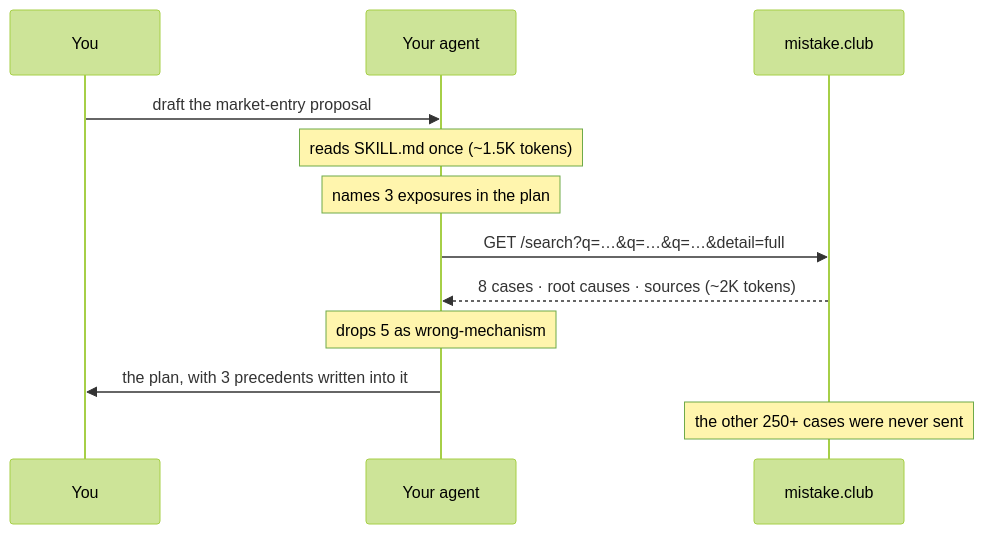
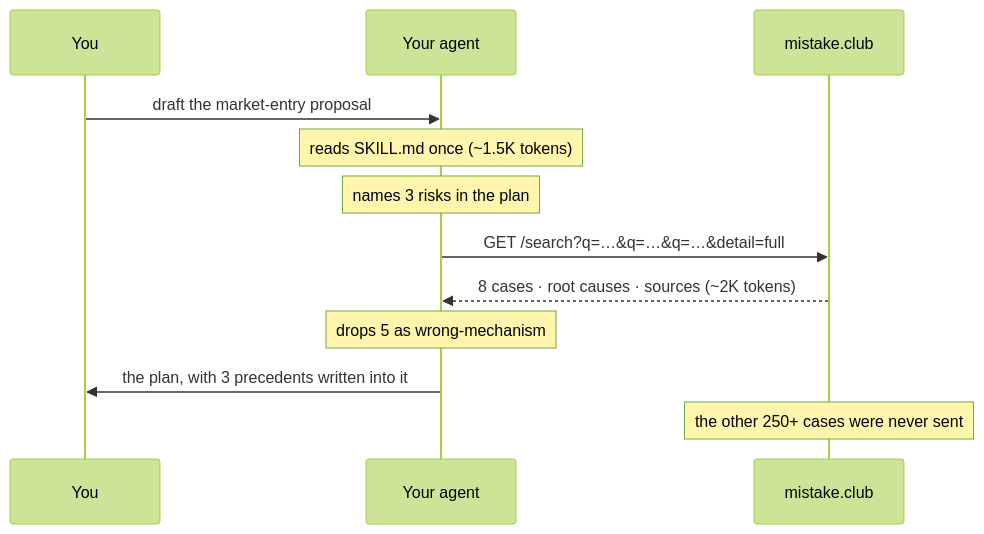
The diagram in docs/how-it-works.md (liangliao1209/mistake-club-skill), drawn with Mermaid (forest theme) before and after one commit. The commit also changed 1 other file, not shown here.

Commit message:
docs: exposure to risk in the two diagrams too

````diff
--- a/docs/how-it-works.md
+++ b/docs/how-it-works.md
@@ -16,14 +16,14 @@
 ```mermaid
 sequenceDiagram
     participant U as You
     participant A as Your agent
     participant M as mistake.club
     U->>A: draft the market-entry proposal
     Note over A: reads SKILL.md once (~1.5K tokens)
-    Note over A: names 3 exposures in the plan
+    Note over A: names 3 risks in the plan
     A->>M: GET /search?q=…&q=…&q=…&detail=full
     M-->>A: 8 cases · root causes · sources (~2K tokens)
     Note over A: drops 5 as wrong-mechanism
     A->>U: the plan, with 3 precedents written into it
     Note over M: the other 250+ cases were never sent
 ```
````
